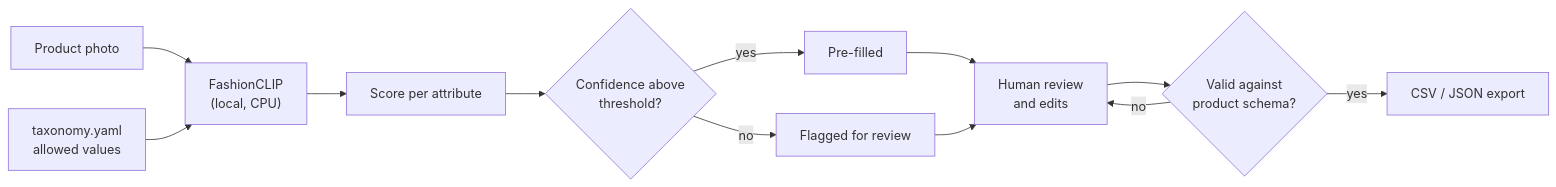
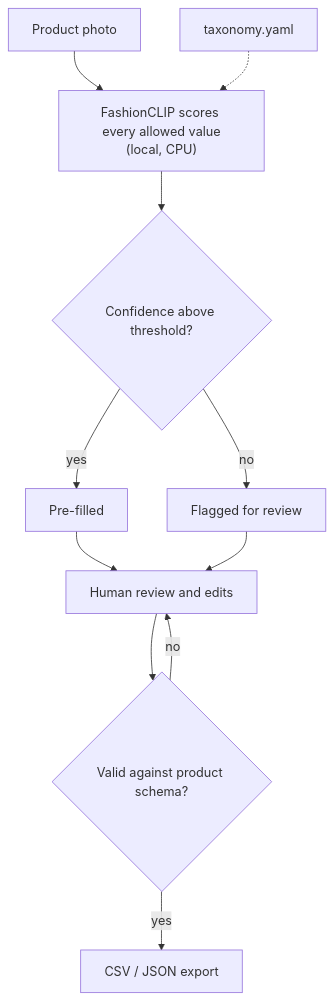
One commit to tortonef/fashion-catalog-enrichment changed the diagram in README.md. Above: the diagram before and after it, drawn with Mermaid.

Commit message:
docs: top-down, simpler architecture diagram for readability

````diff
--- a/README.md
+++ b/README.md
@@ -51,14 +51,13 @@
 ```mermaid
-flowchart LR
-    A[Product photo] --> B["FashionCLIP<br/>(local, CPU)"]
-    T[taxonomy.yaml<br/>allowed values] --> B
-    B --> C[Score per attribute]
-    C --> D{Confidence above<br/>threshold?}
+flowchart TD
+    A[Product photo] --> B["FashionCLIP scores every allowed value<br/>(local, CPU)"]
+    T[taxonomy.yaml] -.-> B
+    B --> D{Confidence above threshold?}
     D -- yes --> E[Pre-filled]
     D -- no --> F[Flagged for review]
-    E --> G[Human review<br/>and edits]
+    E --> G[Human review and edits]
     F --> G
-    G --> H{Valid against<br/>product schema?}
+    G --> H{Valid against product schema?}
     H -- yes --> I[CSV / JSON export]
     H -- no --> G
 ```
````
